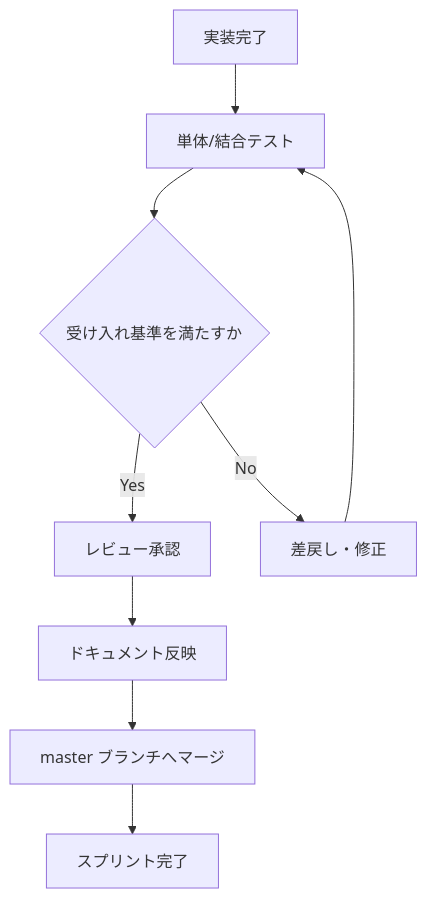
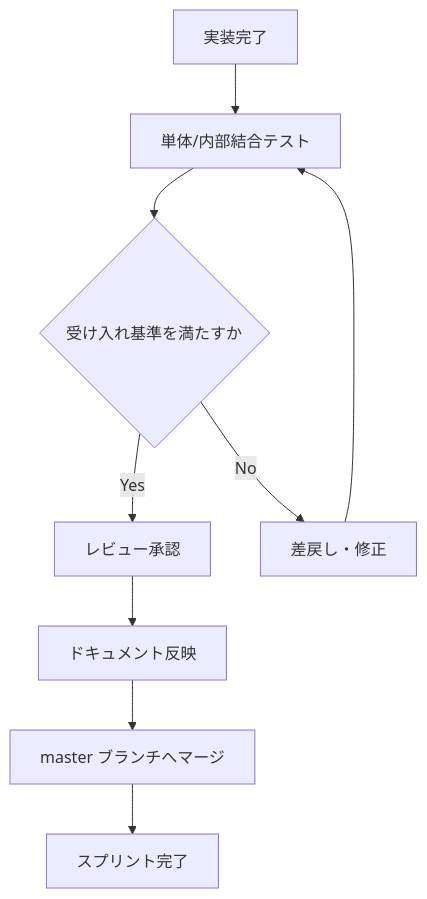
One commit to BossApe/lo-vibe changed the diagram in _document/001.提案・要求仕様フェーズ/003.要求仕様共通/003-03.受け入れ基準.md. Above: the diagram before and after it, drawn with Mermaid. The commit also changed 15 other files, not shown here.

````diff
--- a/_document/001.提案・要求仕様フェーズ/003.要求仕様共通/003-03.受け入れ基準.md
+++ b/_document/001.提案・要求仕様フェーズ/003.要求仕様共通/003-03.受け入れ基準.md
@@ -68,11 +68,11 @@
 ```mermaid
 flowchart TD
-    A[実装完了] --> B[単体/結合テスト]
+    A[実装完了] --> B[単体/内部結合テスト]
     B --> C{受け入れ基準を満たすか}
     C -- Yes --> D[レビュー承認]
     D --> E[ドキュメント反映]
     E --> F[master ブランチへマージ]
     F --> H[スプリント完了]
     C -- No --> G[差戻し・修正]
     G --> B
 ```
````
